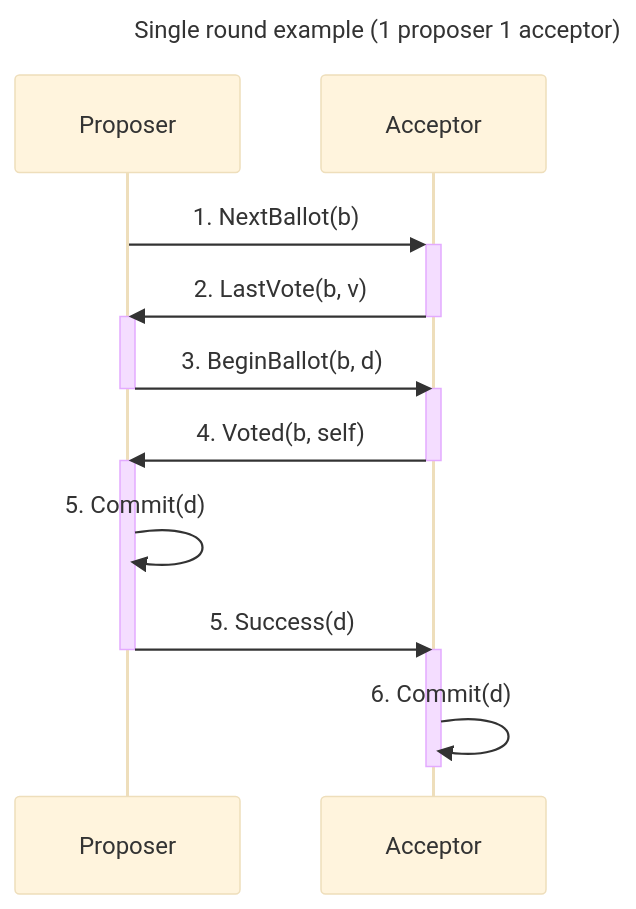
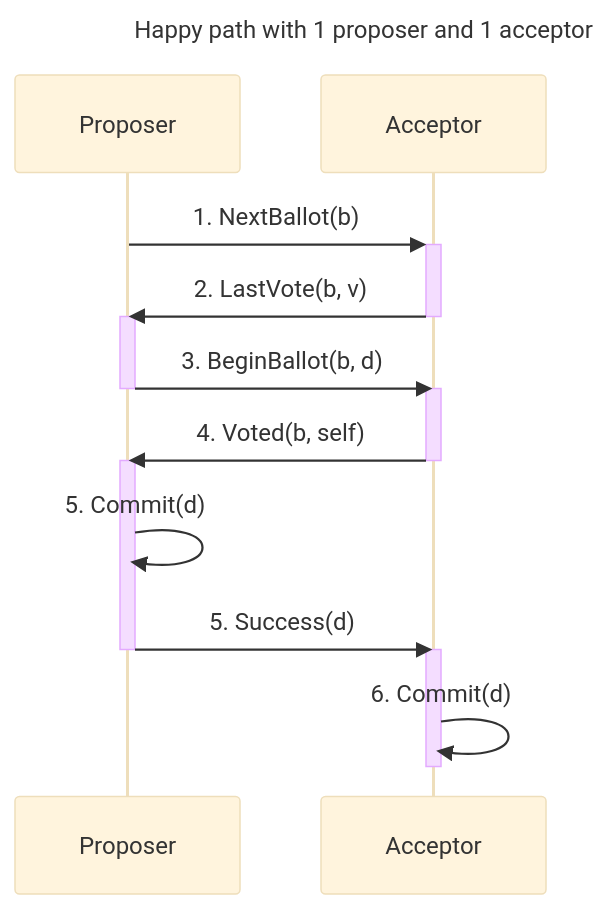
One commit to lambdaclass/consensus_task_force changed the diagram in docs/paxos.md. Above: the diagram before and after it, drawn with Mermaid (base theme). The commit also changed other lines of this file, not shown here.

Commit message:
Improve a bit

````diff
--- a/docs/paxos.md
+++ b/docs/paxos.md
@@ -30,22 +30,22 @@
 ```mermaid
 ---
-title: Single round example (1 proposer 1 acceptor)
+title: Happy path with 1 proposer and 1 acceptor
 ---
 
 sequenceDiagram
     participant prp as Proposer
     participant acc as Acceptor
 
     prp ->>+ acc: 1. NextBallot(b)
     acc ->>- prp: 2. LastVote(b, v)
     activate prp
     prp ->> acc: 3. BeginBallot(b, d)
     deactivate prp
     activate acc
     acc ->>- prp: 4. Voted(b, self)
     activate prp
     prp ->> prp: 5. Commit(d)
     prp ->>- acc: 5. Success(d)
     activate acc
     acc ->>- acc: 6. Commit(d)
 ```
````
